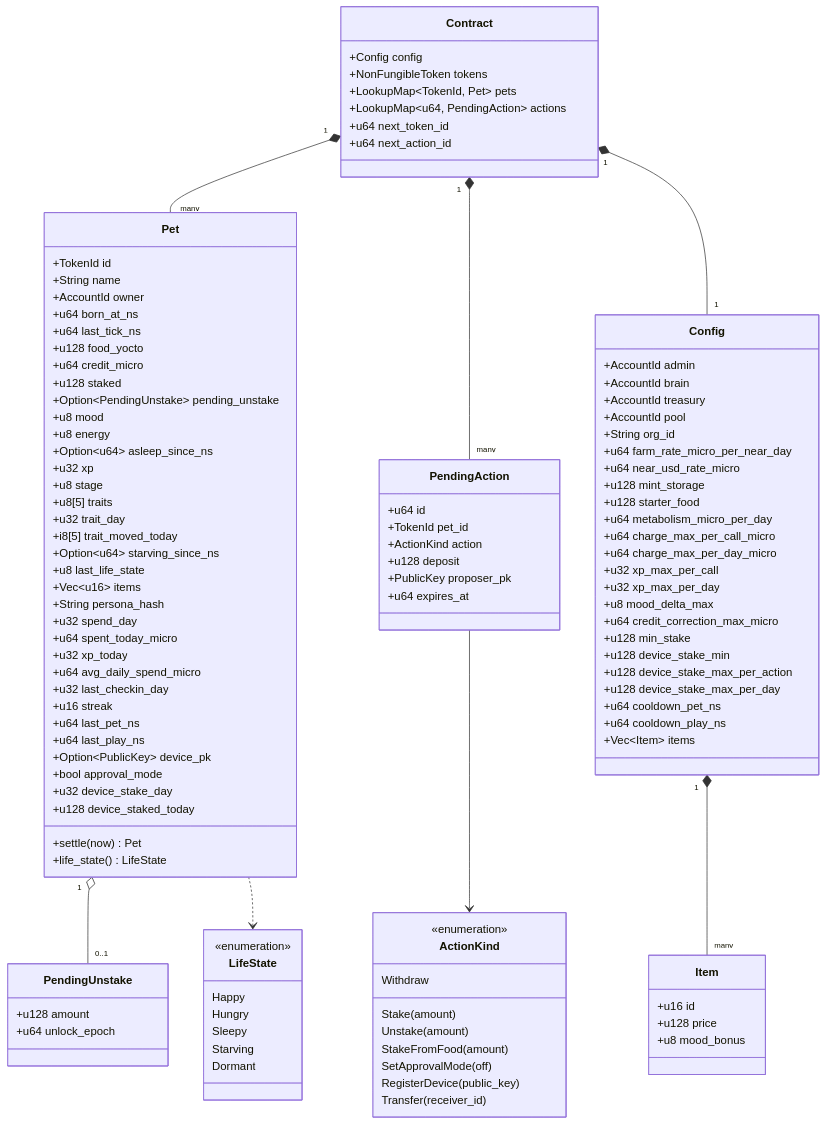
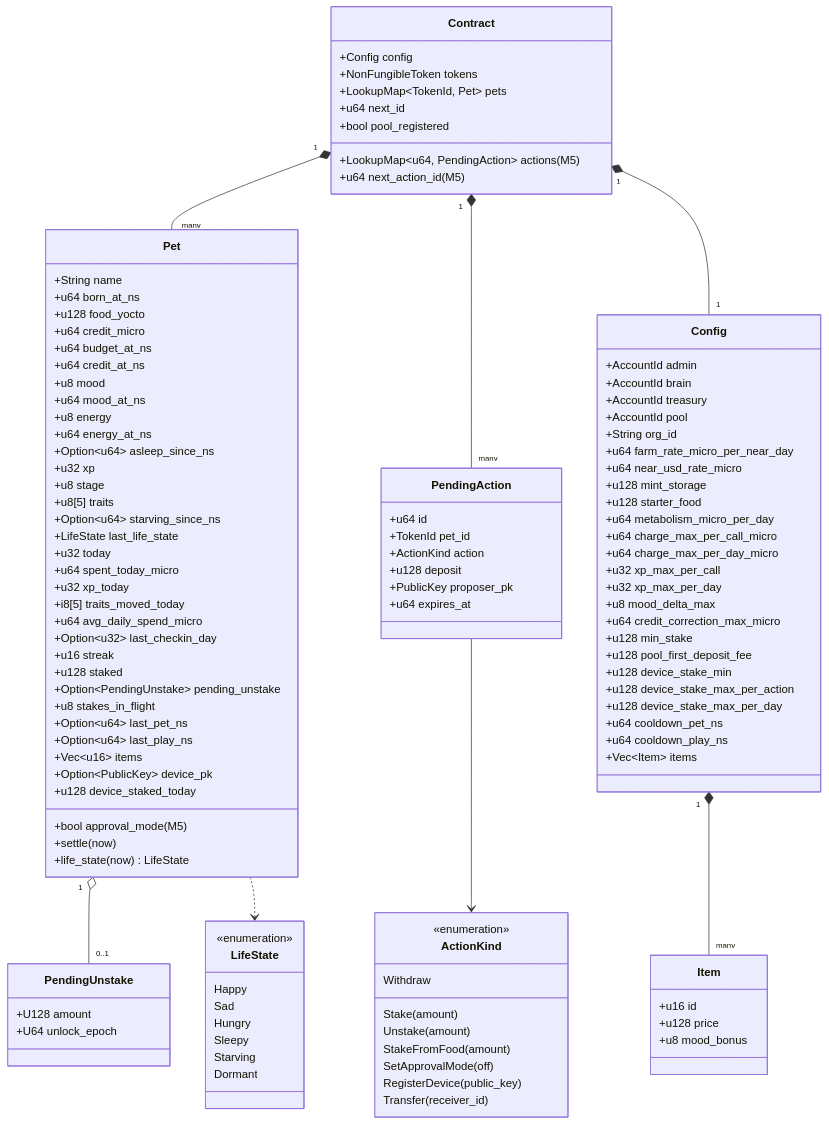
One commit to JNHNG0205/Nearling changed the third of 17 diagrams in Architecture.md. Above: the diagram before and after it, drawn with Mermaid. The commit also changed other lines of this file and 3 other files, not shown here.

First line of the commit message:
docs: align architecture with the contract as built (M1 to M4)

```diff
--- a/Architecture.md
+++ b/Architecture.md
@@ -142,52 +142,52 @@
     +Config config
     +NonFungibleToken tokens
     +LookupMap~TokenId, Pet~ pets
-    +LookupMap~u64, PendingAction~ actions
-    +u64 next_token_id
-    +u64 next_action_id
+    +u64 next_id
+    +bool pool_registered
+    +LookupMap~u64, PendingAction~ actions (M5)
+    +u64 next_action_id (M5)
   }
 
   class Pet {
-    +TokenId id
     +String name
-    +AccountId owner
     +u64 born_at_ns
-    +u64 last_tick_ns
     +u128 food_yocto
     +u64 credit_micro
-    +u128 staked
-    +Option~PendingUnstake~ pending_unstake
+    +u64 budget_at_ns
+    +u64 credit_at_ns
     +u8 mood
+    +u64 mood_at_ns
     +u8 energy
+    +u64 energy_at_ns
     +Option~u64~ asleep_since_ns
     +u32 xp
     +u8 stage
     +u8[5] traits
-    +u32 trait_day
-    +i8[5] trait_moved_today
     +Option~u64~ starving_since_ns
-    +u8 last_life_state
-    +Vec~u16~ items
-    +String persona_hash
-    +u32 spend_day
+    +LifeState last_life_state
+    +u32 today
     +u64 spent_today_micro
     +u32 xp_today
+    +i8[5] traits_moved_today
     +u64 avg_daily_spend_micro
-    +u32 last_checkin_day
+    +Option~u32~ last_checkin_day
     +u16 streak
-    +u64 last_pet_ns
-    +u64 last_play_ns
+    +u128 staked
+    +Option~PendingUnstake~ pending_unstake
+    +u8 stakes_in_flight
+    +Option~u64~ last_pet_ns
+    +Option~u64~ last_play_ns
+    +Vec~u16~ items
     +Option~PublicKey~ device_pk
-    +bool approval_mode
-    +u32 device_stake_day
     +u128 device_staked_today
-    +settle(now) Pet
-    +life_state() LifeState
+    +bool approval_mode (M5)
+    +settle(now)
+    +life_state(now) LifeState
   }
 
   class PendingUnstake {
-    +u128 amount
-    +u64 unlock_epoch
+    +U128 amount
+    +U64 unlock_epoch
   }
 
   class PendingAction {
@@ -228,6 +228,7 @@
     +u8 mood_delta_max
     +u64 credit_correction_max_micro
     +u128 min_stake
+    +u128 pool_first_deposit_fee
     +u128 device_stake_min
     +u128 device_stake_max_per_action
     +u128 device_stake_max_per_day
@@ -245,6 +246,7 @@
   class LifeState {
     <<enumeration>>
     Happy
+    Sad
     Hungry
     Sleepy
     Starving
```
